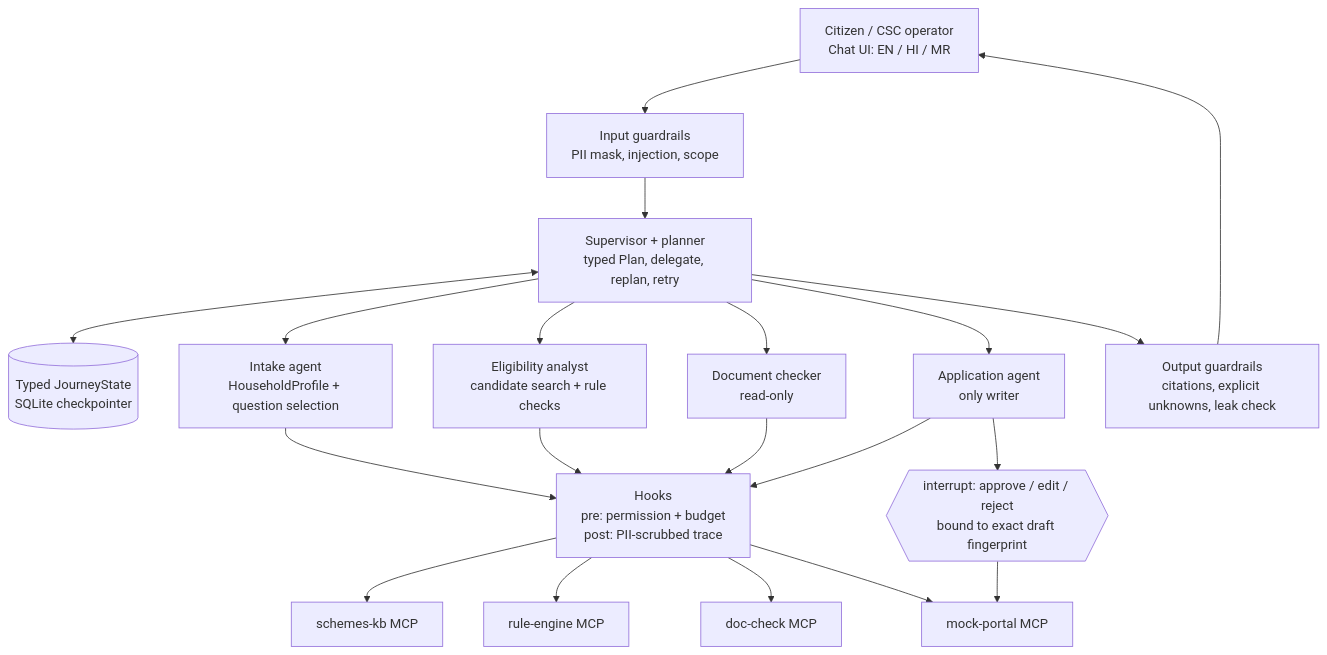
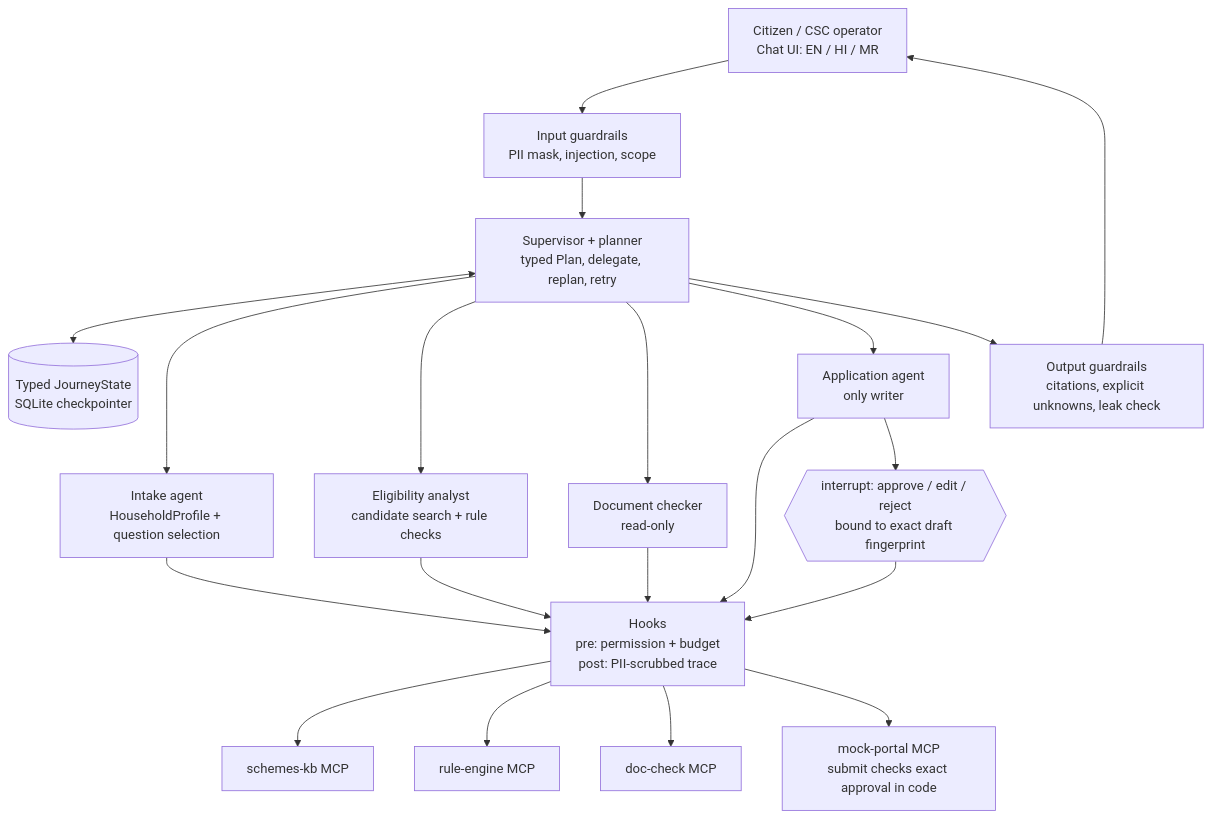
The diagram in docs/END_TO_END_IMPLEMENTATION_PLAN.md (Roy-developer/scheme-saathi-capstone), drawn with Mermaid before and after one commit. The commit also changed other lines of this file and 92 other files, not shown here.

First line of the commit message:
Implement data-driven scheme journeys and approval flow

````diff
--- a/docs/END_TO_END_IMPLEMENTATION_PLAN.md
+++ b/docs/END_TO_END_IMPLEMENTATION_PLAN.md
@@ -56,22 +89,22 @@
 ```mermaid
 flowchart TD
     U[Citizen / CSC operator<br/>Chat UI: EN / HI / MR] --> IG[Input guardrails<br/>PII mask, injection, scope]
     IG --> SUP[Supervisor + planner<br/>typed Plan, delegate, replan, retry]
     SUP <--> ST[(Typed JourneyState<br/>SQLite checkpointer)]
     SUP --> IN[Intake agent<br/>HouseholdProfile + question selection]
     SUP --> EA[Eligibility analyst<br/>candidate search + rule checks]
     SUP --> DC[Document checker<br/>read-only]
     SUP --> AA[Application agent<br/>only writer]
     IN --> HK[Hooks<br/>pre: permission + budget<br/>post: PII-scrubbed trace]
     EA --> HK
     DC --> HK
     AA --> HK
     HK --> KB[schemes-kb MCP]
     HK --> RE[rule-engine MCP]
     HK --> DCK[doc-check MCP]
-    HK --> MP[mock-portal MCP]
+    HK --> MP[mock-portal MCP<br/>submit checks exact approval in code]
     AA --> AP{{interrupt: approve / edit / reject<br/>bound to exact draft fingerprint}}
-    AP --> MP
+    AP --> HK
     SUP --> OG[Output guardrails<br/>citations, explicit unknowns, leak check]
     OG --> U
 ```
````
